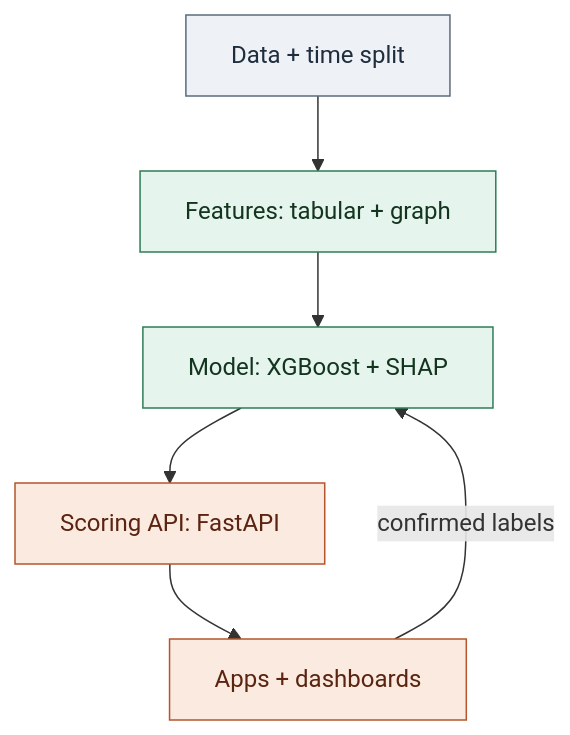
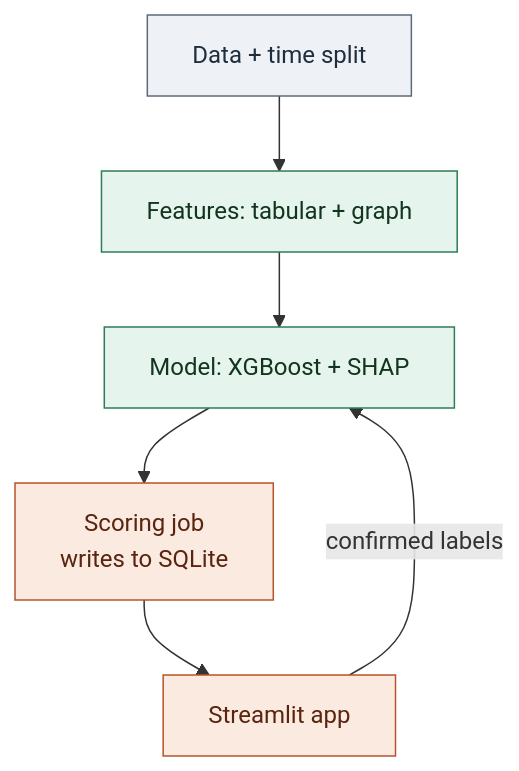
One commit to Break-Through-Tech/Banking-1B-online-payment-fraud-detection-using-high-dimensional-transaction-data changed the first of 9 diagrams in fraud-system/README.md. Above: the diagram before and after it, drawn with Mermaid. The commit also changed other lines of this file and 2 other files, not shown here.

Commit message:
Update README and contracts for Streamlit plan

````diff
--- a/fraud-system/README.md
+++ b/fraud-system/README.md
@@ -32,14 +32,14 @@
 ```mermaid
 flowchart TD
     A["Data + time split"] --> B["Features: tabular + graph"]
     B --> C["Model: XGBoost + SHAP"]
-    C --> D["Scoring API: FastAPI"]
-    D --> E["Apps + dashboards"]
+    C --> D["Scoring job<br/>writes to SQLite"]
+    D --> E["Streamlit app"]
     E -->|"confirmed labels"| C
     classDef data fill:#eef2f7,stroke:#5b6b7a,color:#1f2d3d;
     classDef core fill:#e5f4ec,stroke:#2e7d57,color:#13351f;
     classDef serve fill:#fbeadf,stroke:#b4552b,color:#5a2410;
     class A data;
     class B,C core;
     class D,E serve;
 ```
````
